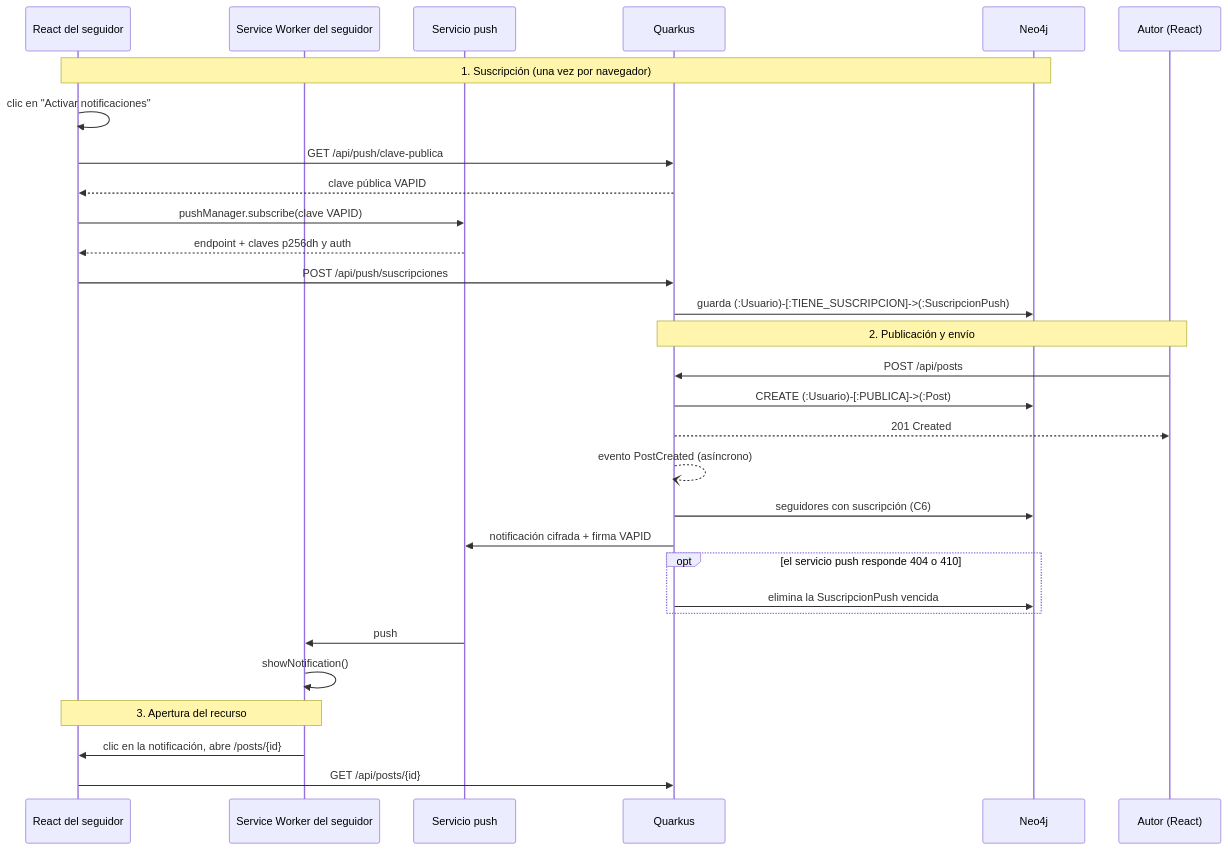
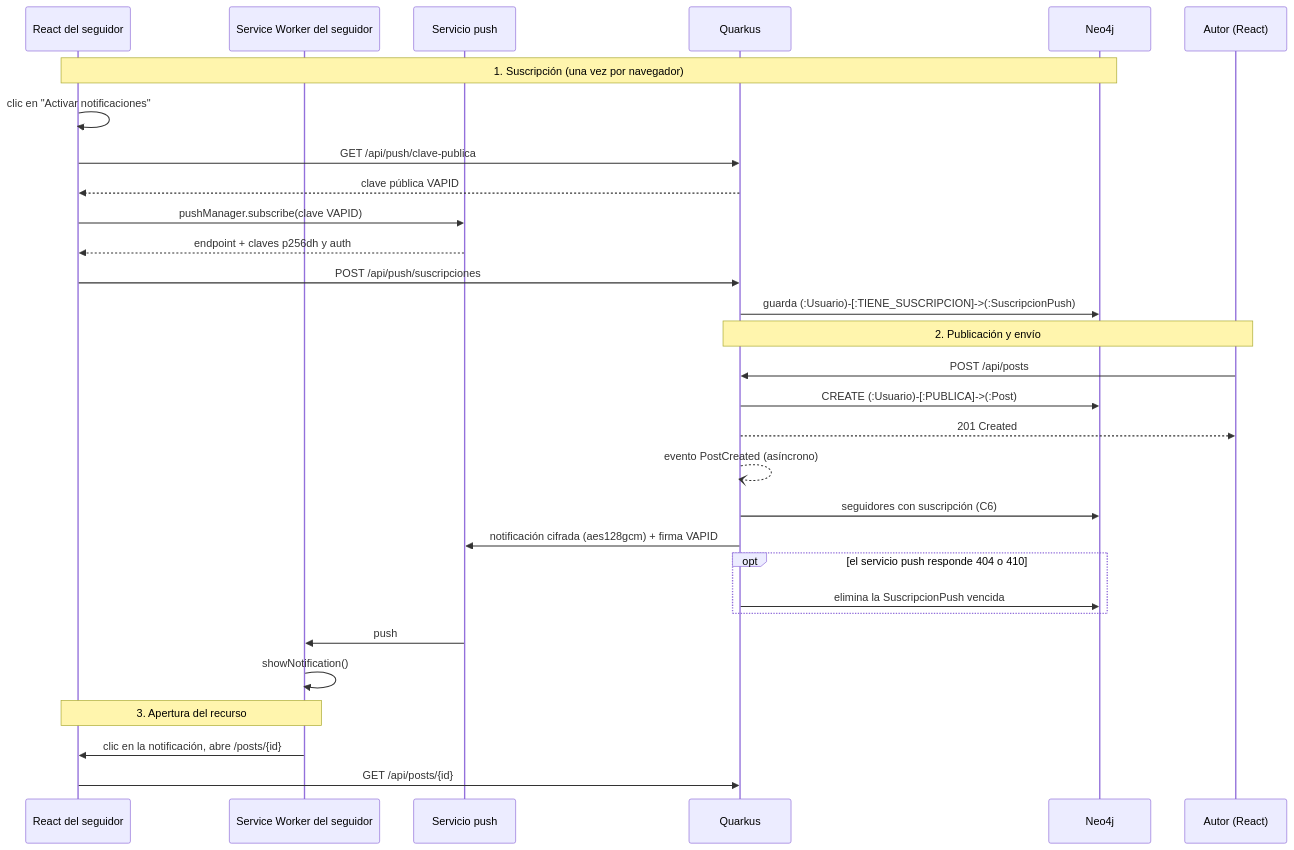
The fifth of 5 diagrams in README.md (Joseepc18/red-social-distribuida), drawn with Mermaid before and after one commit. The commit also changed other lines of this file and 3 other files, not shown here.

````diff
--- a/README.md
+++ b/README.md
@@ -377,35 +533,35 @@
 ```mermaid
 sequenceDiagram
     participant RS as React del seguidor
     participant SW as Service Worker del seguidor
     participant PS as Servicio push
     participant Q as Quarkus
     participant DB as Neo4j
     participant A as Autor (React)
 
     Note over RS,DB: 1. Suscripción (una vez por navegador)
     RS->>RS: clic en "Activar notificaciones"
     RS->>Q: GET /api/push/clave-publica
     Q-->>RS: clave pública VAPID
     RS->>PS: pushManager.subscribe(clave VAPID)
     PS-->>RS: endpoint + claves p256dh y auth
     RS->>Q: POST /api/push/suscripciones
     Q->>DB: guarda (:Usuario)-[:TIENE_SUSCRIPCION]->(:SuscripcionPush)
 
     Note over Q,A: 2. Publicación y envío
     A->>Q: POST /api/posts
     Q->>DB: CREATE (:Usuario)-[:PUBLICA]->(:Post)
     Q-->>A: 201 Created
     Q--)Q: evento PostCreated (asíncrono)
     Q->>DB: seguidores con suscripción (C6)
-    Q->>PS: notificación cifrada + firma VAPID
+    Q->>PS: notificación cifrada (aes128gcm) + firma VAPID
     opt el servicio push responde 404 o 410
         Q->>DB: elimina la SuscripcionPush vencida
     end
     PS->>SW: push
     SW->>SW: showNotification()
 
     Note over RS,SW: 3. Apertura del recurso
     SW->>RS: clic en la notificación, abre /posts/{id}
     RS->>Q: GET /api/posts/{id}
 ```
````
